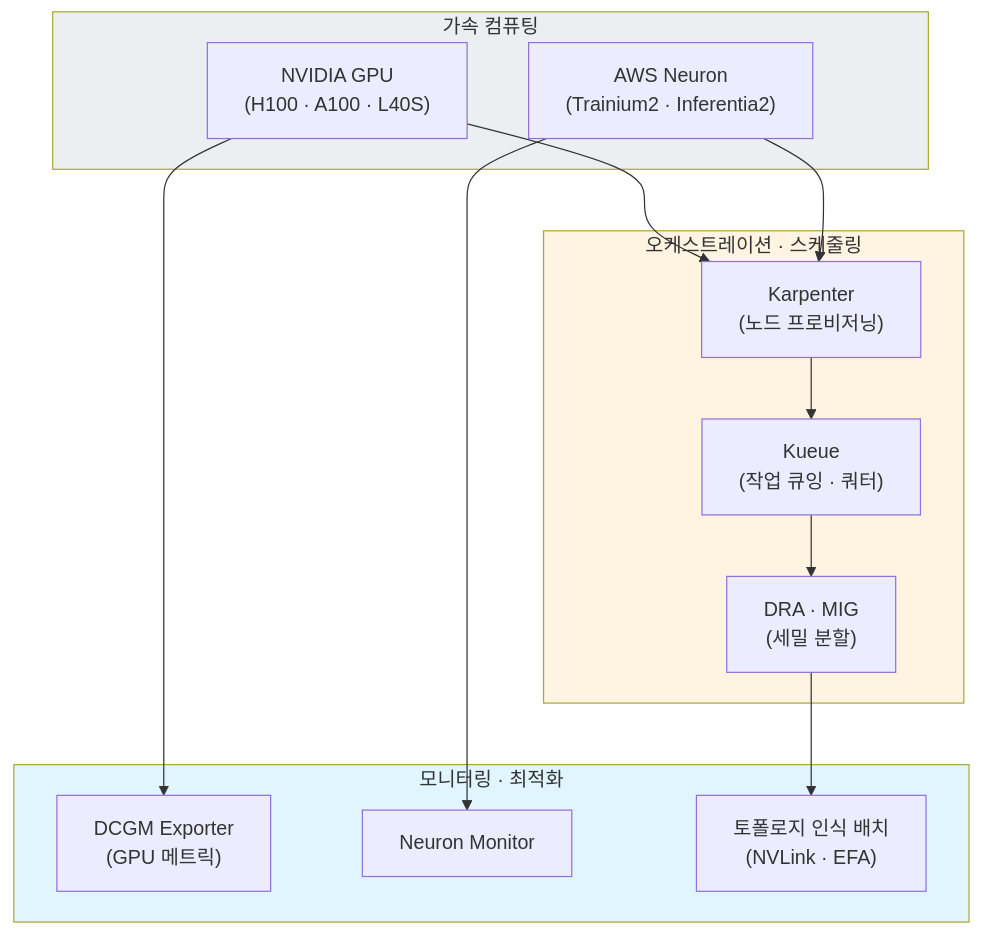
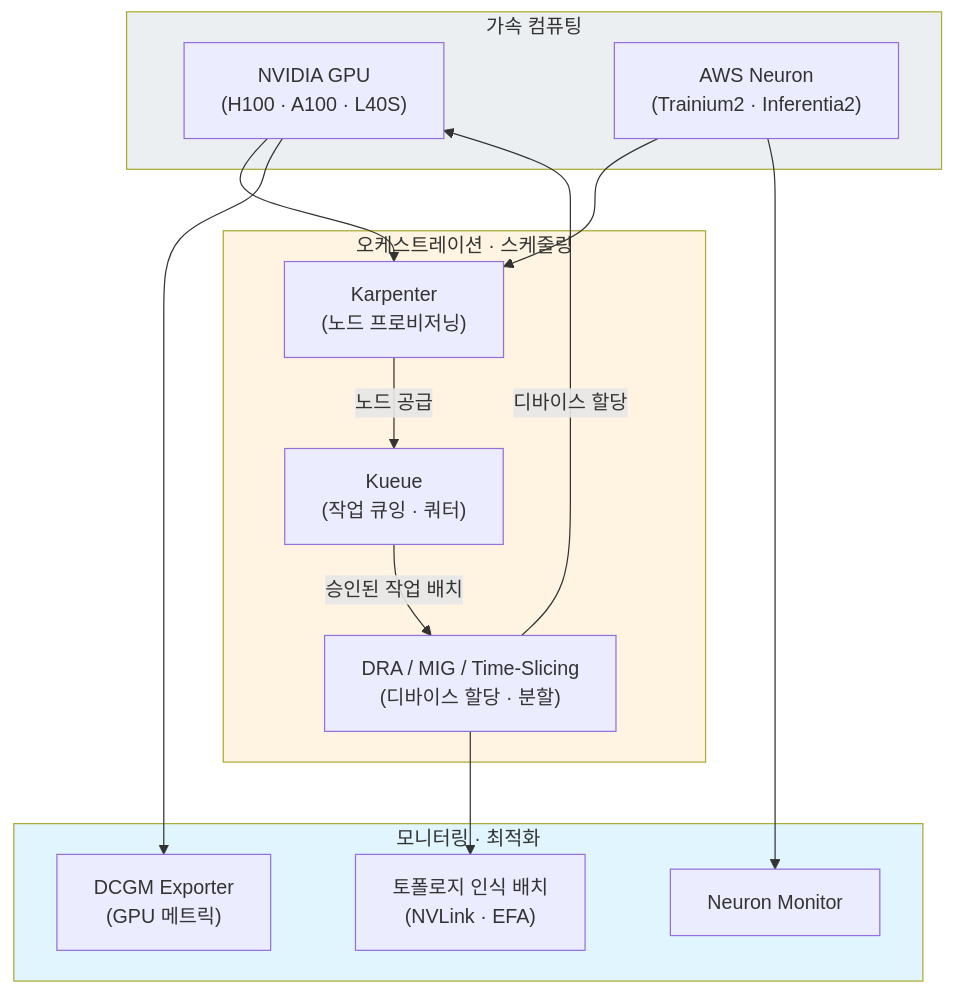
The second of 10 diagrams in i18n/ko/docusaurus-plugin-content-docs/current/agentic-ai-platform/design-architecture/foundations/agentic-platform-architecture.md (devfloor9/engineering-playbook), drawn with Mermaid before and after one commit. The commit also changed other lines of this file and 39 other files, not shown here.

````diff
--- a/i18n/ko/docusaurus-plugin-content-docs/current/agentic-ai-platform/design-architecture/foundations/agentic-platform-architecture.md
+++ b/i18n/ko/docusaurus-plugin-content-docs/current/agentic-ai-platform/design-architecture/foundations/agentic-platform-architecture.md
@@ -173,29 +173,31 @@
 ```mermaid
 flowchart TB
     subgraph Compute["가속 컴퓨팅"]
         GPU["NVIDIA GPU<br/>(H100 · A100 · L40S)"]
         NEURON["AWS Neuron<br/>(Trainium2 · Inferentia2)"]
     end
 
     subgraph Orchestration["오케스트레이션 · 스케줄링"]
         KARP["Karpenter<br/>(노드 프로비저닝)"]
         KUEUE["Kueue<br/>(작업 큐잉 · 쿼터)"]
-        DRA["DRA · MIG<br/>(세밀 분할)"]
+        DRA["DRA / MIG / Time-Slicing<br/>(디바이스 할당 · 분할)"]
     end
 
     subgraph Telemetry["모니터링 · 최적화"]
         DCGM["DCGM Exporter<br/>(GPU 메트릭)"]
         NMON["Neuron Monitor"]
         TOPO["토폴로지 인식 배치<br/>(NVLink · EFA)"]
     end
 
     GPU & NEURON --> KARP
-    KARP --> KUEUE --> DRA
+    KARP -->|노드 공급| KUEUE
+    KUEUE -->|승인된 작업 배치| DRA
+    DRA -->|디바이스 할당| GPU
     GPU --> DCGM
     NEURON --> NMON
     DRA --> TOPO
 
     style Compute fill:#eceff1
     style Orchestration fill:#fff4e1
     style Telemetry fill:#e1f5ff
 ```
````
